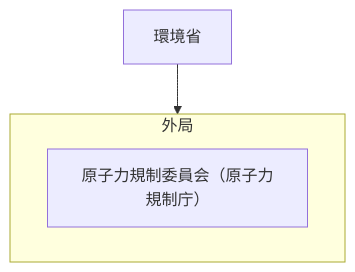
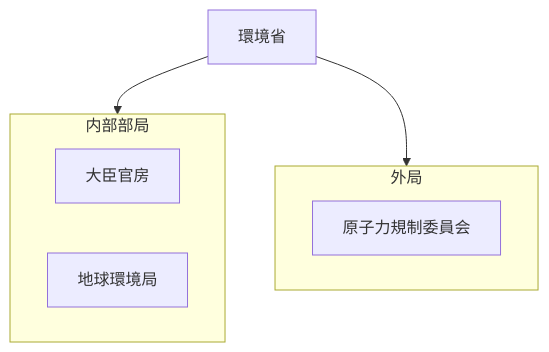
Before and after one commit to tatemaru/jp-admin-org-chart: the diagram in 行政機構/環境省/README.md, drawn with Mermaid. The commit also changed other lines of this file and 18 other files, not shown here.

````diff
--- a/行政機構/環境省/README.md
+++ b/行政機構/環境省/README.md
@@ -5,8 +5,13 @@
 ```mermaid
 flowchart TB
   root["環境省"]
-  subgraph g0["外局"]
-    n0_0["原子力規制委員会（原子力規制庁）"]
+  subgraph g0["内部部局"]
+    n0_0["大臣官房"]
+    n0_1["地球環境局"]
   end
   root --> g0
+  subgraph g1["外局"]
+    n1_0["原子力規制委員会"]
+  end
+  root --> g1
 ```
````
